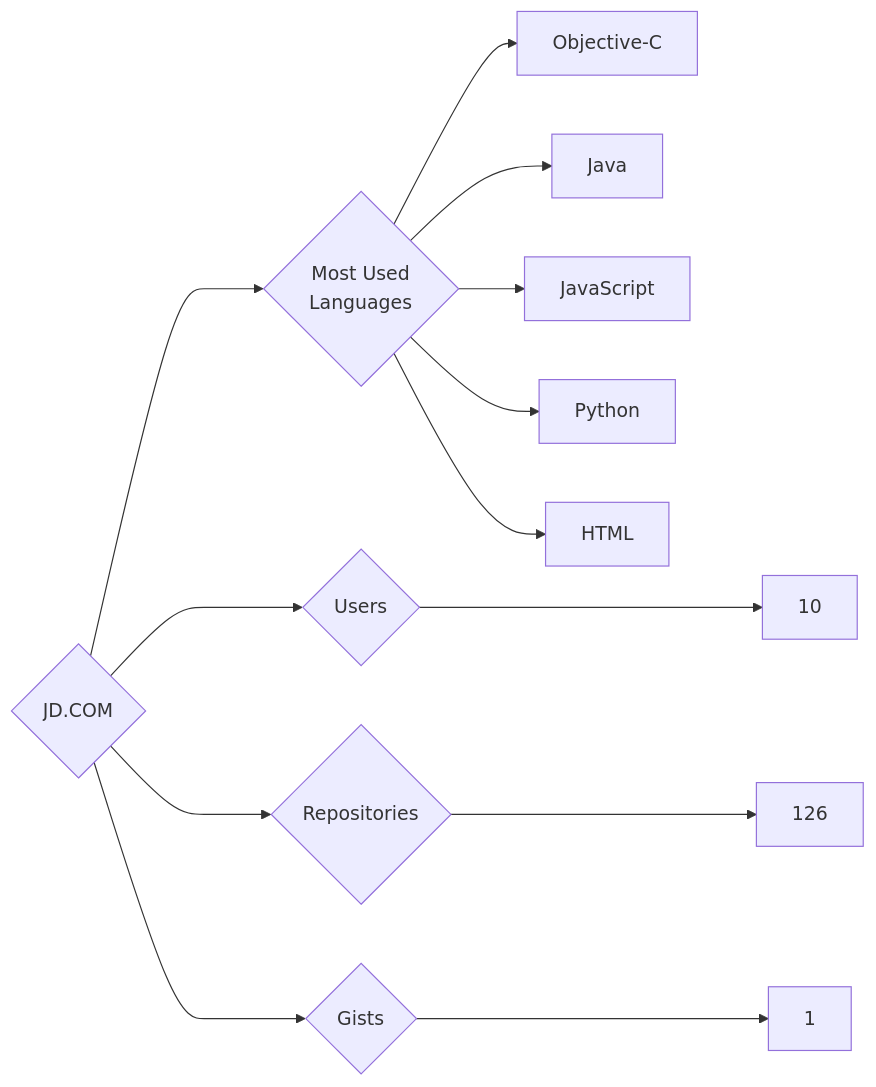
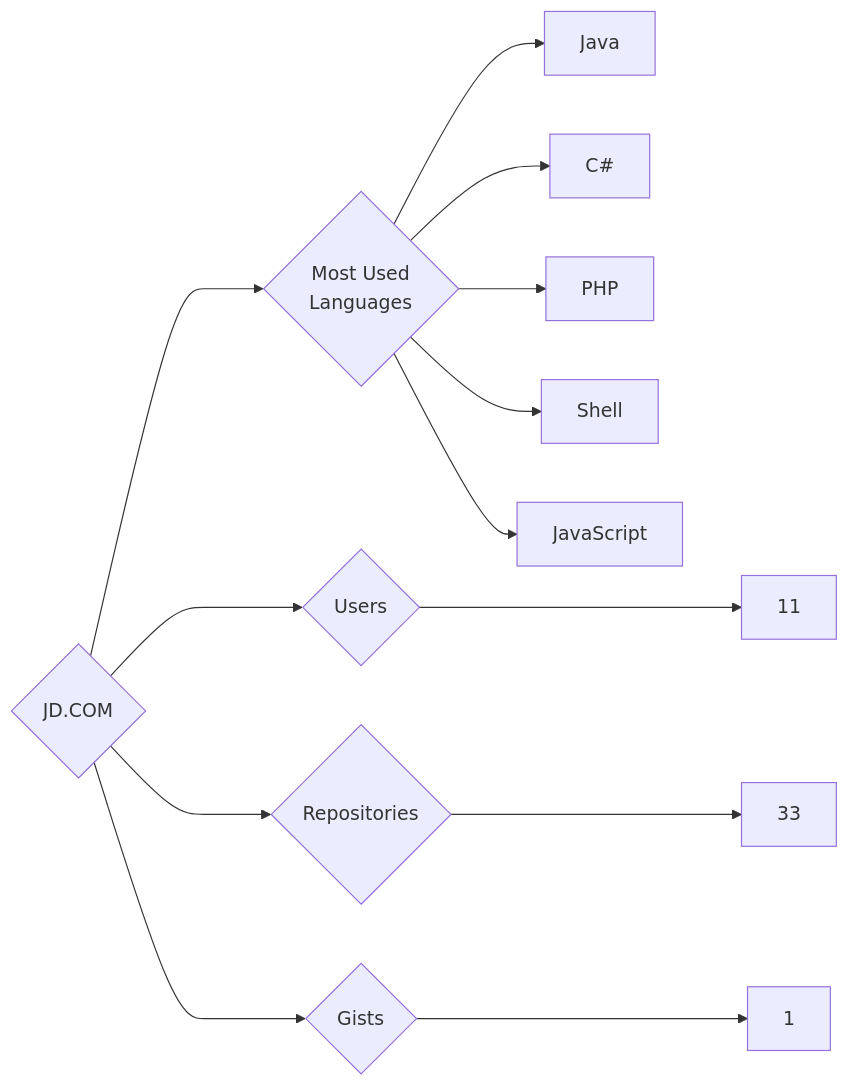
One commit to trickest/insiders changed the diagram in targets/JD.COM/README.md. Above: the diagram before and after it, drawn with Mermaid. The commit also changed 1238 other files, not shown here.

````diff
--- a/targets/JD.COM/README.md
+++ b/targets/JD.COM/README.md
@@ -3,13 +3,13 @@
 ```mermaid
 graph LR
 COMPANY_NAME{JD.COM}
-COMPANY_NAME ---> U{Users} ---> UN[10]
-COMPANY_NAME ---> R{Repositories} ---> RN[126]
+COMPANY_NAME ---> U{Users} ---> UN[11]
+COMPANY_NAME ---> R{Repositories} ---> RN[33]
 COMPANY_NAME ---> G{Gists} ---> GN[1]
 COMPANY_NAME ---> ML{Most Used<br>Languages}
-ML --> Objective-C[Objective-C]
 ML --> Java[Java]
+ML --> C#[C#]
+ML --> PHP[PHP]
+ML --> Shell[Shell]
 ML --> JavaScript[JavaScript]
-ML --> Python[Python]
-ML --> HTML[HTML]
 ```
````
